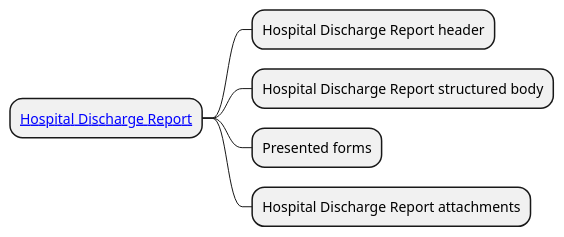
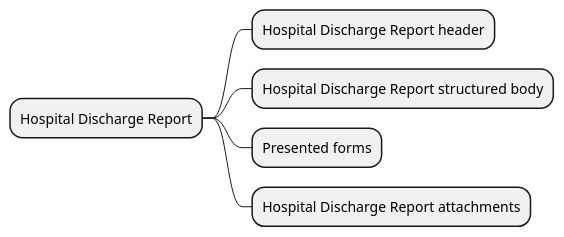
The diagram in input/images/hdrReport_CIM.plantuml (osickam/hdr-cz), drawn with PlantUML before and after one commit. The commit also changed 17 other files, not shown here.

```diff
--- a/input/images/hdrReport_CIM.plantuml
+++ b/input/images/hdrReport_CIM.plantuml
@@ -1,9 +1,9 @@
 @startmindmap
 skinparam topurl StructureDefinition-
 
-* [[EHDSHospitalDischargeReport.html Hospital Discharge Report]]
+*  Hospital Discharge Report
 ** Hospital Discharge Report header
 ** Hospital Discharge Report structured body
 ** Presented forms
 ** Hospital Discharge Report attachments
 @endmindmap
```
